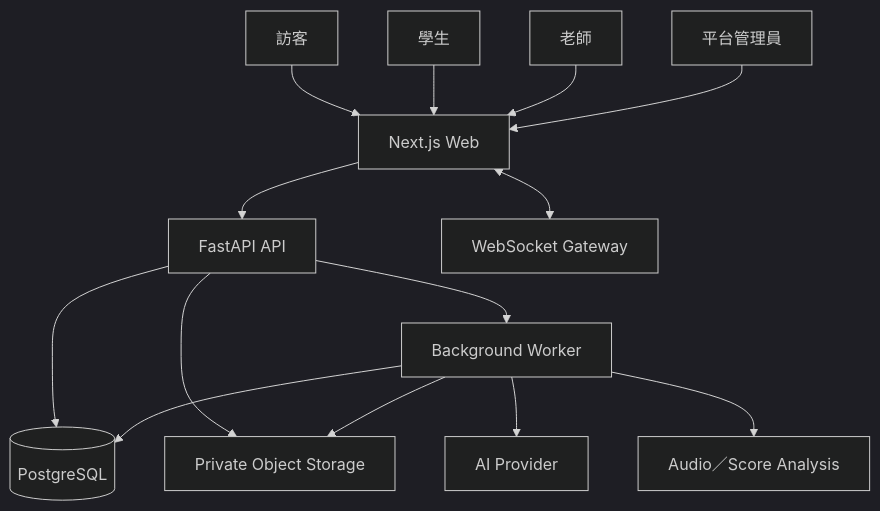
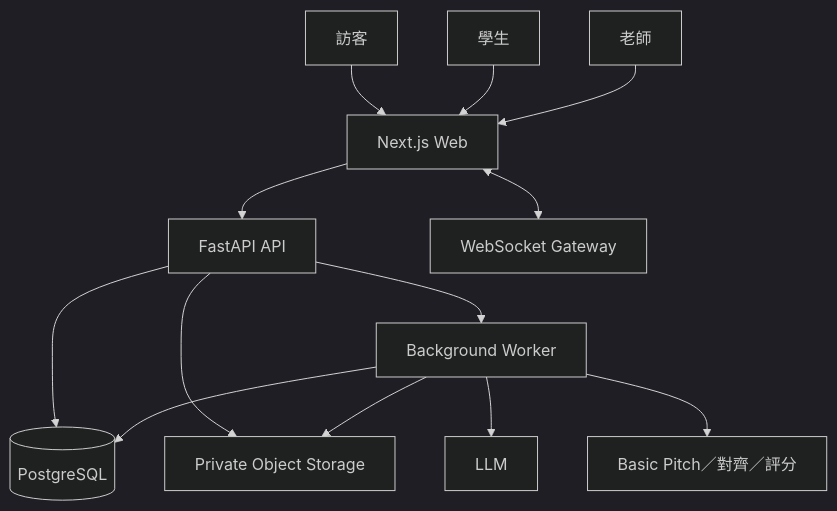
One commit to AnChen1026/AIPE04_group3 changed the first of 3 diagrams in docs/SAD系統架構設計.md. Above: the diagram before and after it, drawn with Mermaid (dark theme). The commit also changed other lines of this file and 18 other files, not shown here.

````diff
--- a/docs/SAD系統架構設計.md
+++ b/docs/SAD系統架構設計.md
@@ -20,16 +24,15 @@
 ```mermaid
 flowchart TD
     V[訪客] --> WEB[Next.js Web]
     S[學生] --> WEB
     T[老師] --> WEB
-    A[平台管理員] --> WEB
     WEB --> API[FastAPI API]
     WEB <--> WS[WebSocket Gateway]
     API --> DB[(PostgreSQL)]
     API --> OBJ[Private Object Storage]
     API --> WORKER[Background Worker]
-    WORKER --> AI[AI Provider]
-    WORKER --> AUDIO[Audio／Score Analysis]
+    WORKER --> AI[LLM]
+    WORKER --> AUDIO[Basic Pitch／對齊／評分]
     WORKER --> DB
     WORKER --> OBJ
 ```
````
